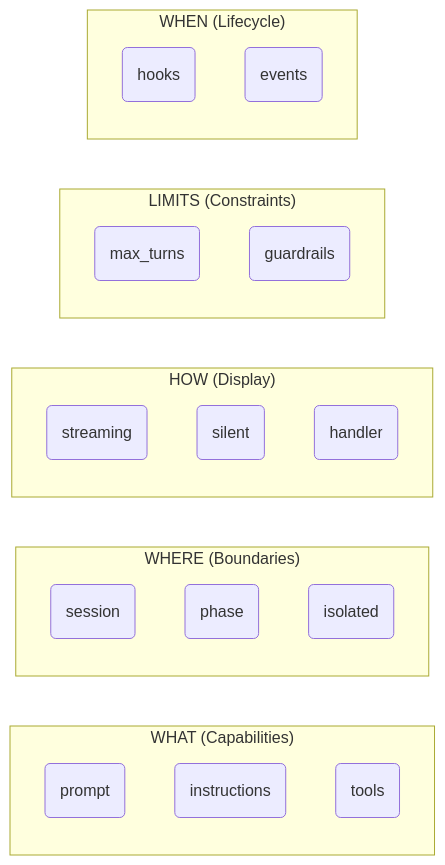
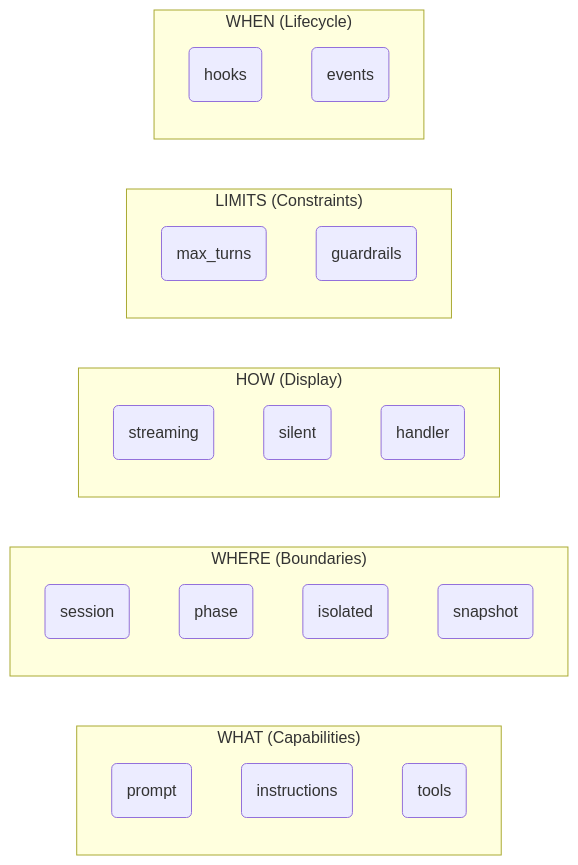
The diagram in docs/en/concepts/index.md (daiichisankyo/AgenticFlow), drawn with Mermaid before and after one commit. The commit also changed other lines of this file and 47 other files, not shown here.

````diff
--- a/docs/en/concepts/index.md
+++ b/docs/en/concepts/index.md
@@ -160,30 +160,31 @@
 ```mermaid
 graph LR
     subgraph WHAT["WHAT (Capabilities)"]
         A(prompt)
         B(instructions)
         C(tools)
     end
 
     subgraph WHERE["WHERE (Boundaries)"]
         D(session)
         E(phase)
         F(isolated)
+        F2(snapshot)
     end
 
     subgraph HOW["HOW (Display)"]
         G(streaming)
         H(silent)
         I(handler)
     end
 
     subgraph LIMITS["LIMITS (Constraints)"]
         J(max_turns)
         K(guardrails)
     end
 
     subgraph WHEN["WHEN (Lifecycle)"]
         L(hooks)
         M(events)
     end
 ```
````
